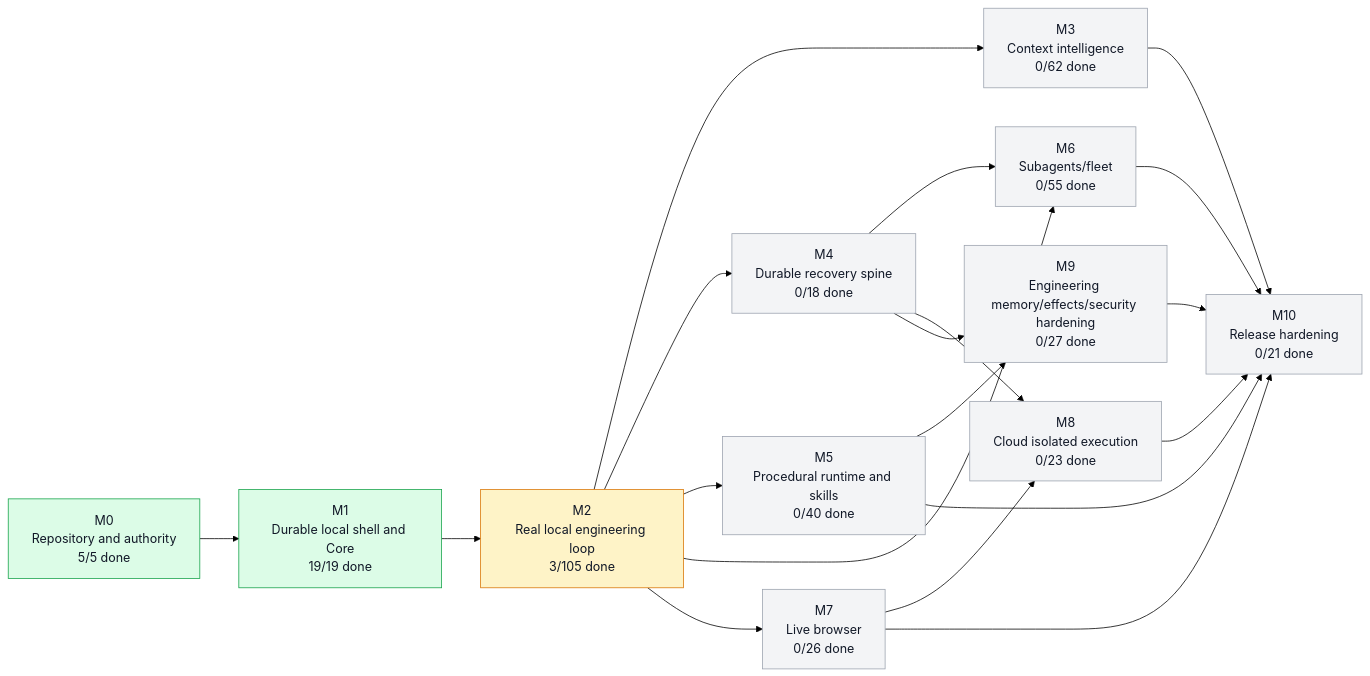
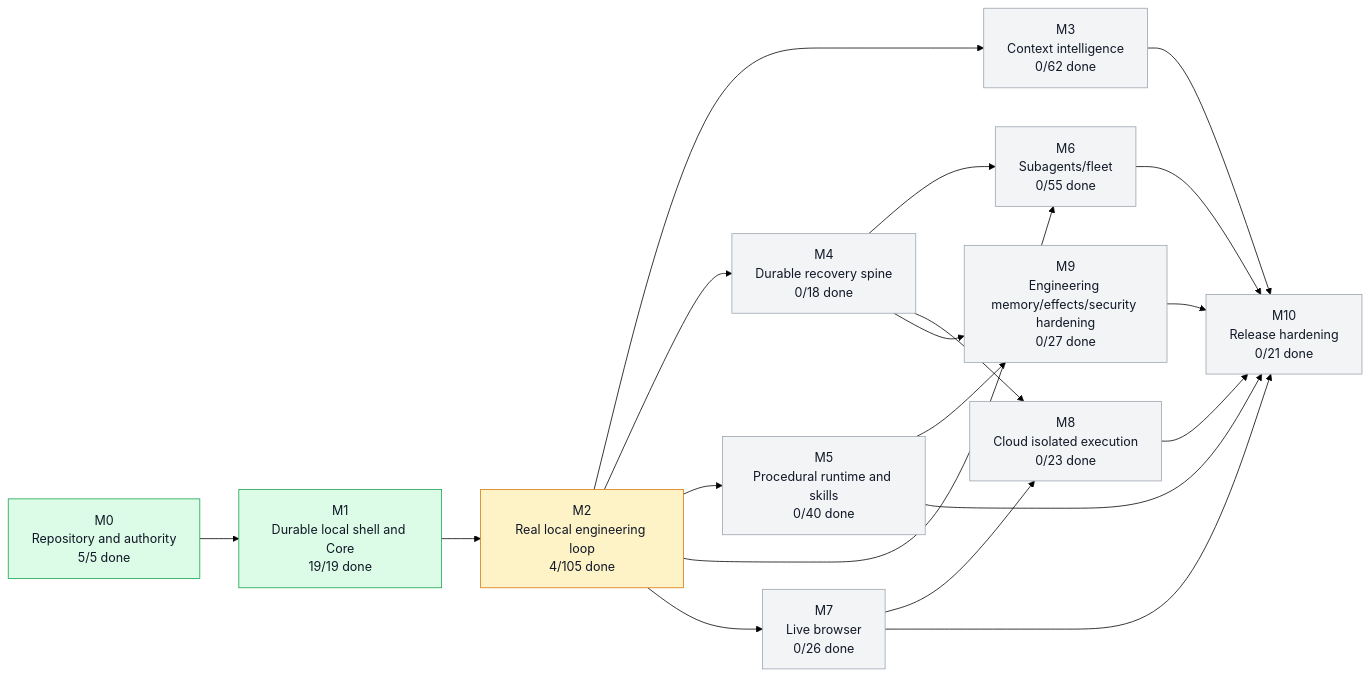
One commit to moss101/modbit changed the first of 5 diagrams in graph/PROJECT_GRAPH.md. Above: the diagram before and after it, drawn with Mermaid (forest theme). The commit also changed other lines of this file and 6 other files, not shown here.

````diff
--- a/graph/PROJECT_GRAPH.md
+++ b/graph/PROJECT_GRAPH.md
@@ -57,43 +57,43 @@
 ```mermaid
 flowchart LR
   M0["M0<br/>Repository and authority<br/>5/5 done"]
   M1["M1<br/>Durable local shell and Core<br/>19/19 done"]
-  M2["M2<br/>Real local engineering loop<br/>3/105 done"]
+  M2["M2<br/>Real local engineering loop<br/>4/105 done"]
   M3["M3<br/>Context intelligence<br/>0/62 done"]
   M4["M4<br/>Durable recovery spine<br/>0/18 done"]
   M5["M5<br/>Procedural runtime and skills<br/>0/40 done"]
   M6["M6<br/>Subagents/fleet<br/>0/55 done"]
   M7["M7<br/>Live browser<br/>0/26 done"]
   M8["M8<br/>Cloud isolated execution<br/>0/23 done"]
   M9["M9<br/>Engineering memory/effects/security hardening<br/>0/27 done"]
   M10["M10<br/>Release hardening<br/>0/21 done"]
   M0 --> M1
   M1 --> M2
   M2 --> M3
   M2 --> M4
   M2 --> M5
   M2 --> M6
   M4 --> M6
   M2 --> M7
   M4 --> M8
   M7 --> M8
   M4 --> M9
   M5 --> M9
   M3 --> M10
   M5 --> M10
   M6 --> M10
   M7 --> M10
   M8 --> M10
   M9 --> M10
   style M0 fill:#dcfce7,stroke:#16a34a,color:#111827
   style M1 fill:#dcfce7,stroke:#16a34a,color:#111827
   style M2 fill:#fef3c7,stroke:#d97706,color:#111827
   style M3 fill:#f3f4f6,stroke:#9ca3af,color:#111827
   style M4 fill:#f3f4f6,stroke:#9ca3af,color:#111827
   style M5 fill:#f3f4f6,stroke:#9ca3af,color:#111827
   style M6 fill:#f3f4f6,stroke:#9ca3af,color:#111827
   style M7 fill:#f3f4f6,stroke:#9ca3af,color:#111827
   style M8 fill:#f3f4f6,stroke:#9ca3af,color:#111827
   style M9 fill:#f3f4f6,stroke:#9ca3af,color:#111827
   style M10 fill:#f3f4f6,stroke:#9ca3af,color:#111827
 ```
````
